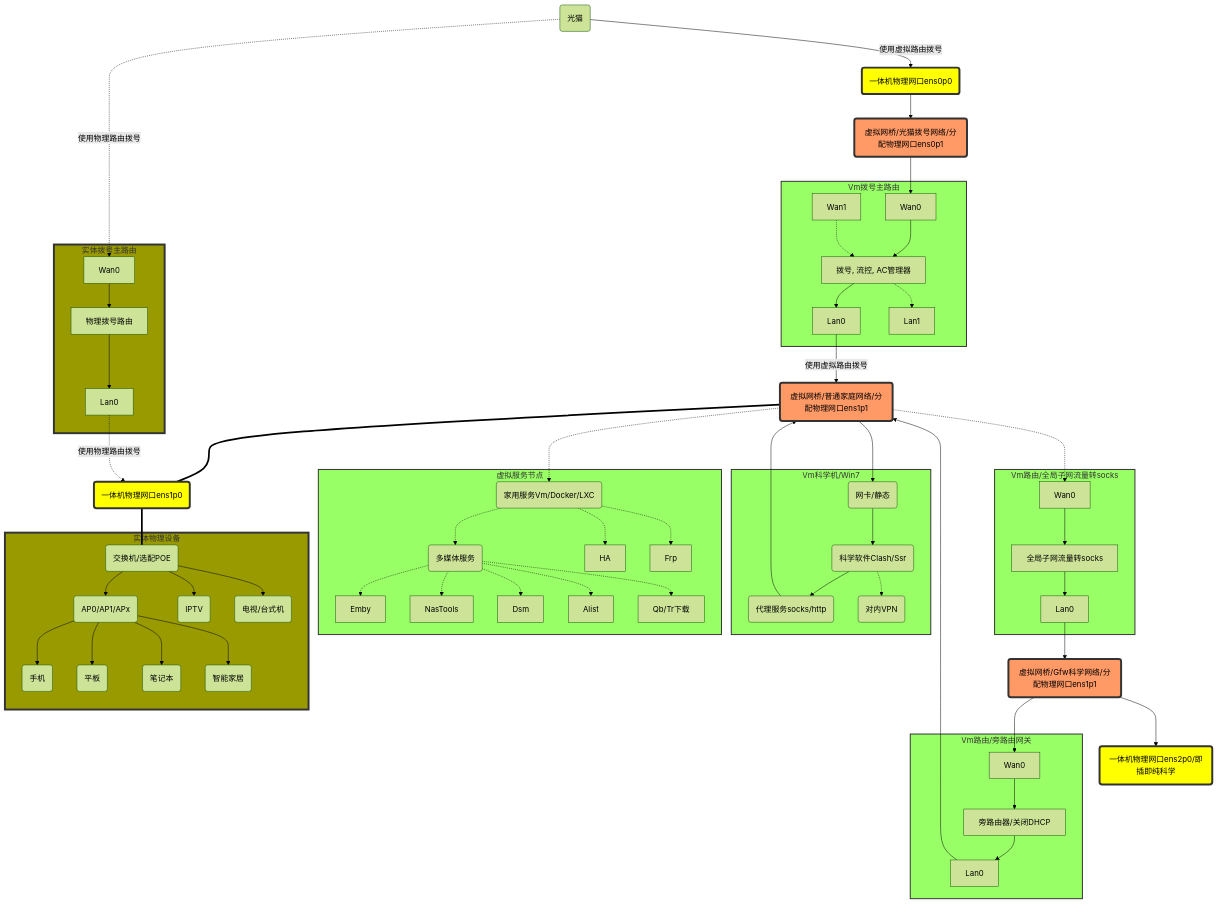
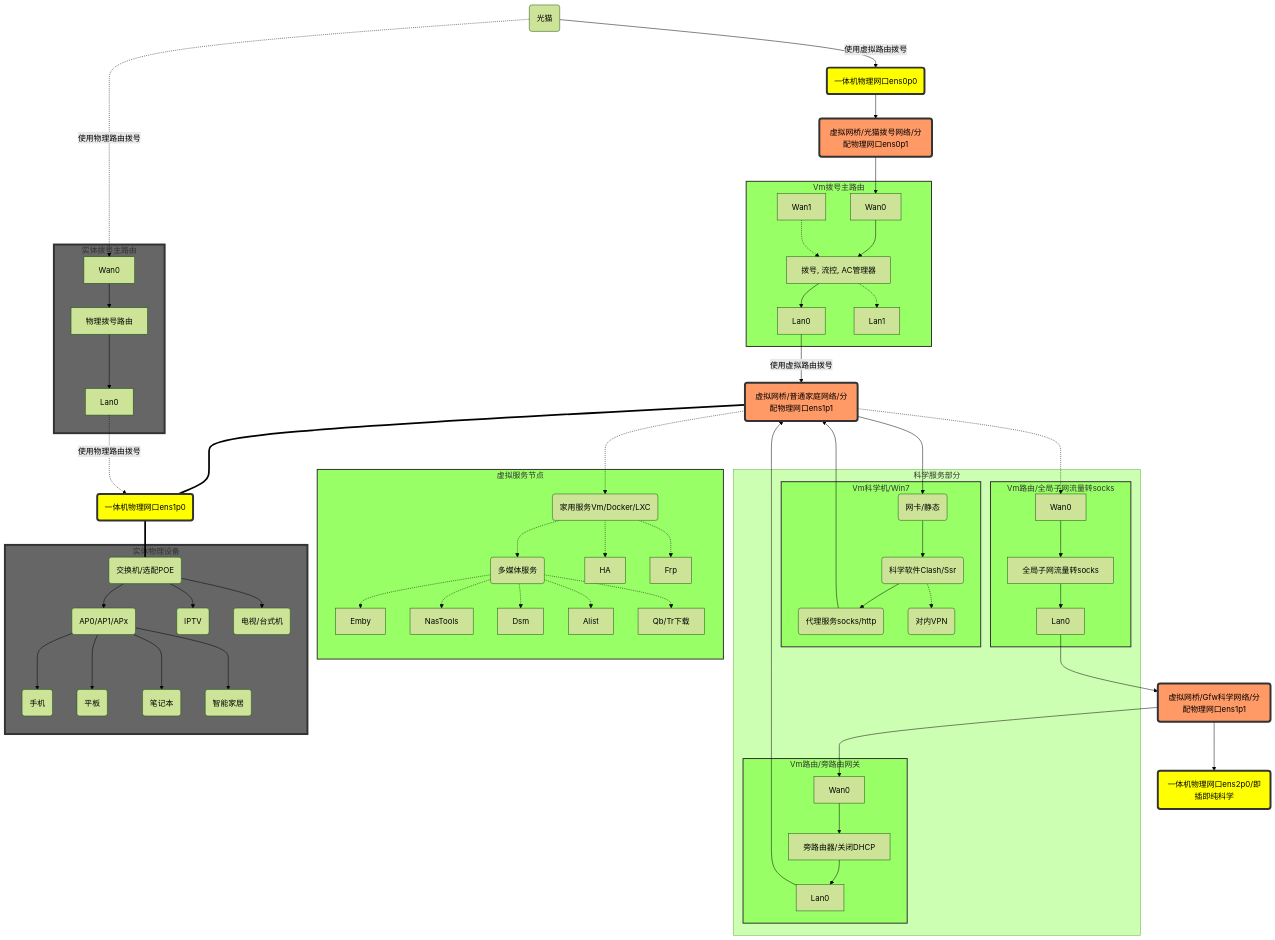
The diagram in source/_posts/pve-gfw-home-usage.md (godvmxi/godvmxi.github.io), drawn with Mermaid (forest theme) before and after one commit. The commit also changed other lines of this file, not shown here.

Commit message:
add gfw service global

````diff
--- a/source/_posts/pve-gfw-home-usage.md
+++ b/source/_posts/pve-gfw-home-usage.md
@@ -120,6 +120,12 @@
         
     end
 
+    subgraph SubGfwService[科学服务部分]
+        SubVmOp2
+        SubVmOp1
+        SubVmWin0
+    end
+
     BrHome --> SubVmWin0Eth
 
     GfwProxy --> BrHome
@@ -182,26 +188,25 @@
 
 
 
-
-
-
-
-
+    
 
     classDef CssGreen fill:#9f6,stroke:#333,stroke-width:2px;
-    classDef orange fill:#f96,stroke:#333,stroke-width:4px;
+    classDef CssOrange fill:#f96,stroke:#333,stroke-width:4px;
     classDef CssRed    fill:#ff0,stroke:#333,stroke-width:4px;
 
-    classDef CssReal    fill:#990,stroke:#333,stroke-width:4px;
+    classDef CssReal    fill:#666,stroke:#333,stroke-width:4px;
 
-    class BrDial,BrHome,BrGfw orange
+    class BrDial,BrHome,BrGfw CssOrange
     class SubVmWin0,SubVmOp1,SubVmOp2,VmSubDial,SubVmService CssGreen
 
-    class SubVmService green
+    class SubVmService CssGreen
     class BrGfwPhy,BrHomePhy,BrDialPhy CssRed
 
     class SubRealDevice CssReal
     class SubPhyRouter CssReal
+
+
+
      
 
 ```
````
